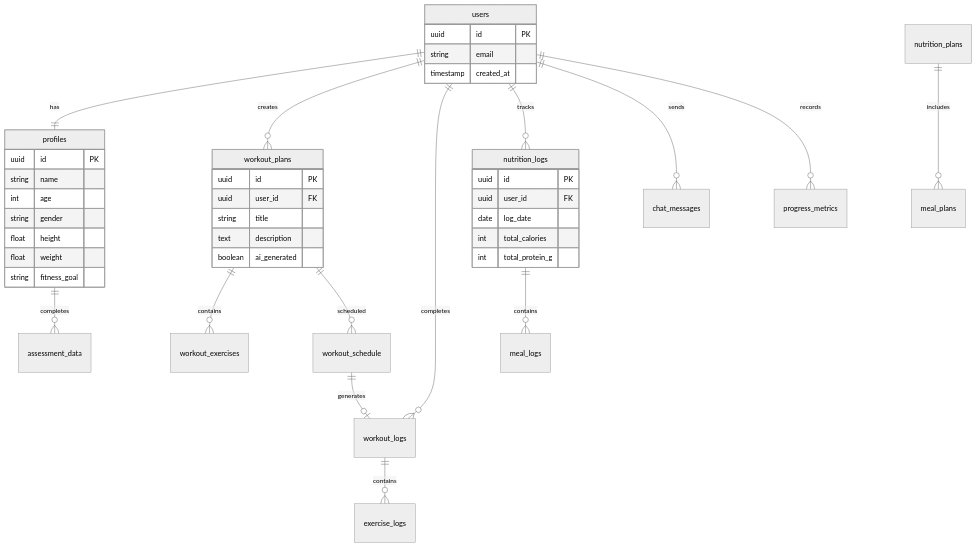
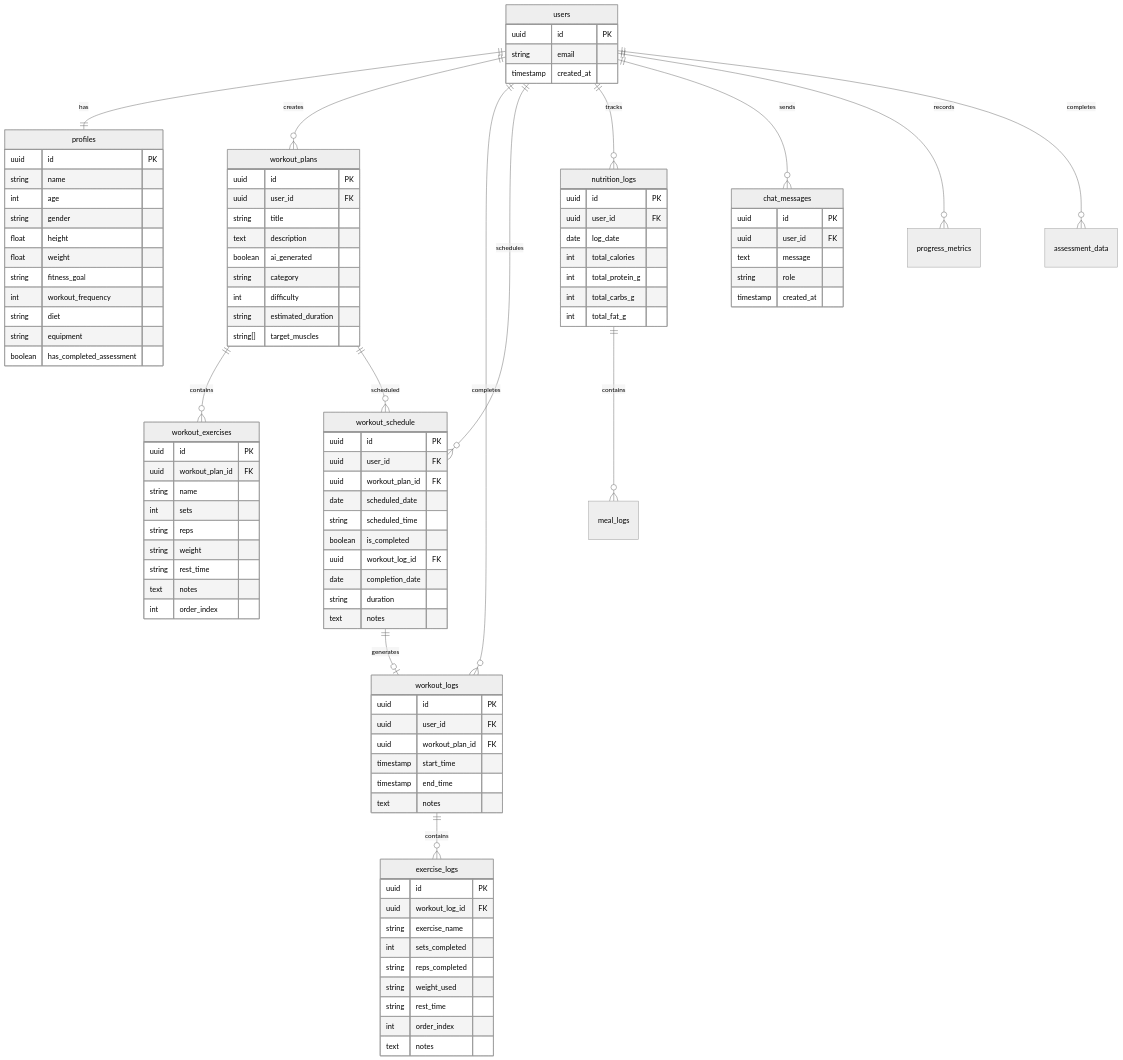
The fourth of 5 diagrams in docs/ARCHITECTURE.md (gs-admin1/hashimfit-voicecoach), drawn with Mermaid (neutral theme) before and after one commit. The commit also changed other lines of this file and 5 other files, not shown here.

````diff
--- a/docs/ARCHITECTURE.md
+++ b/docs/ARCHITECTURE.md
@@ -161,11 +199,11 @@
     users ||--|| profiles : has
     users ||--o{ workout_plans : creates
     users ||--o{ workout_logs : completes
+    users ||--o{ workout_schedule : schedules
     users ||--o{ nutrition_logs : tracks
     users ||--o{ chat_messages : sends
     users ||--o{ progress_metrics : records
-    
-    profiles ||--o{ assessment_data : completes
+    users ||--o{ assessment_data : completes
     
     workout_plans ||--o{ workout_exercises : contains
     workout_plans ||--o{ workout_schedule : scheduled
@@ -174,7 +212,6 @@
     workout_logs ||--o{ exercise_logs : contains
     
     nutrition_logs ||--o{ meal_logs : contains
-    nutrition_plans ||--o{ meal_plans : includes
     
     users {
         uuid id PK
@@ -190,6 +227,10 @@
         float height
         float weight
         string fitness_goal
+        int workout_frequency
+        string diet
+        string equipment
+        boolean has_completed_assessment
     }
     
     workout_plans {
@@ -198,6 +239,56 @@
         string title
         text description
         boolean ai_generated
+        string category
+        int difficulty
+        string estimated_duration
+        string[] target_muscles
+    }
+    
+    workout_exercises {
+        uuid id PK
+        uuid workout_plan_id FK
+        string name
+        int sets
+        string reps
+        string weight
+        string rest_time
+        text notes
+        int order_index
+    }
+    
+    workout_schedule {
+        uuid id PK
+        uuid user_id FK
+        uuid workout_plan_id FK
+        date scheduled_date
+        string scheduled_time
+        boolean is_completed
+        uuid workout_log_id FK
+        date completion_date
+        string duration
+        text notes
+    }
+    
+    workout_logs {
+        uuid id PK
+        uuid user_id FK
+        uuid workout_plan_id FK
+        timestamp start_time
+        timestamp end_time
+        text notes
+    }
+    
+    exercise_logs {
+        uuid id PK
+        uuid workout_log_id FK
+        string exercise_name
+        int sets_completed
+        string reps_completed
+        string weight_used
+        string rest_time
+        int order_index
+        text notes
     }
     
     nutrition_logs {
@@ -206,5 +297,15 @@
         date log_date
         int total_calories
         int total_protein_g
+        int total_carbs_g
+        int total_fat_g
+    }
+    
+    chat_messages {
+        uuid id PK
+        uuid user_id FK
+        text message
+        string role
+        timestamp created_at
     }
 ```
````
